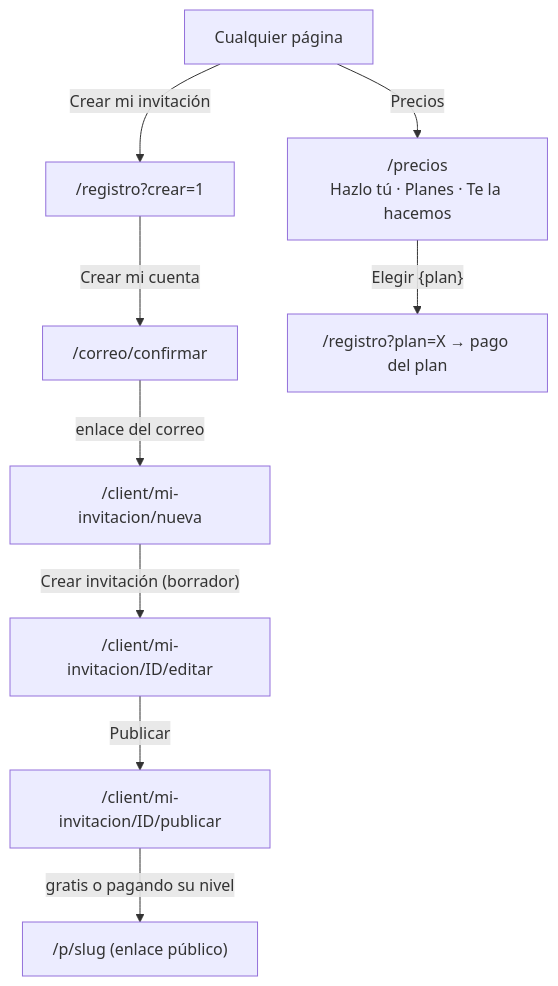
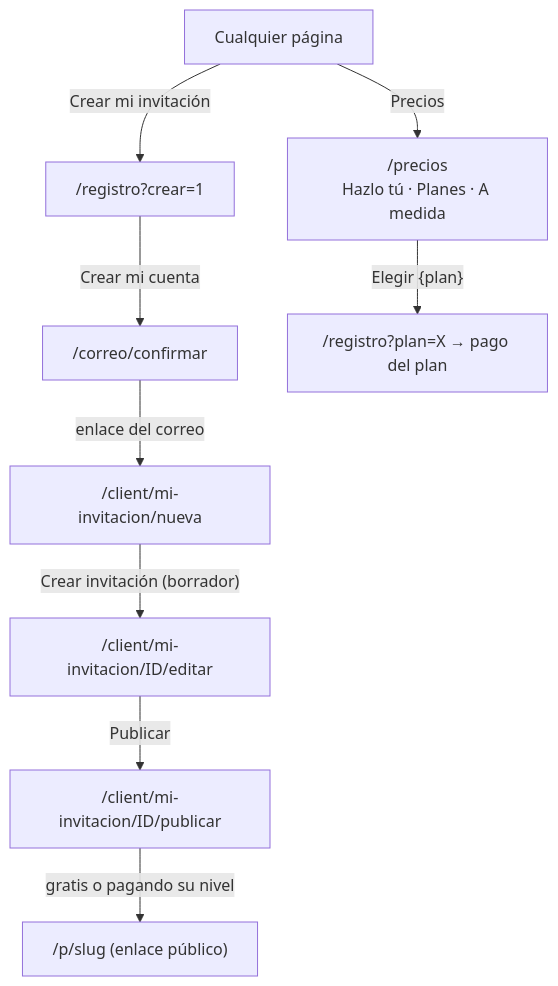
One commit to ccdana/Bida-Events changed the first of 6 diagrams in docs/flujo-navegacion.md. Above: the diagram before and after it, drawn with Mermaid. The commit also changed other lines of this file and 49 other files, not shown here.

````diff
--- a/docs/flujo-navegacion.md
+++ b/docs/flujo-navegacion.md
@@ -18,11 +18,11 @@
 ```mermaid
 flowchart TD
   A["Cualquier página"] -->|"Crear mi invitación"| R["/registro?crear=1"]
   R -->|"Crear mi cuenta"| V["/correo/confirmar"]
   V -->|"enlace del correo"| N["/client/mi-invitacion/nueva"]
   N -->|"Crear invitación (borrador)"| E["/client/mi-invitacion/ID/editar"]
   E -->|"Publicar"| P["/client/mi-invitacion/ID/publicar"]
   P -->|"gratis o pagando su nivel"| L["/p/slug (enlace público)"]
-  A -->|"Precios"| PR["/precios<br/>Hazlo tú · Planes · Te la hacemos"]
+  A -->|"Precios"| PR["/precios<br/>Hazlo tú · Planes · A medida"]
   PR -->|"Elegir {plan}"| RP["/registro?plan=X → pago del plan"]
 ```
````
